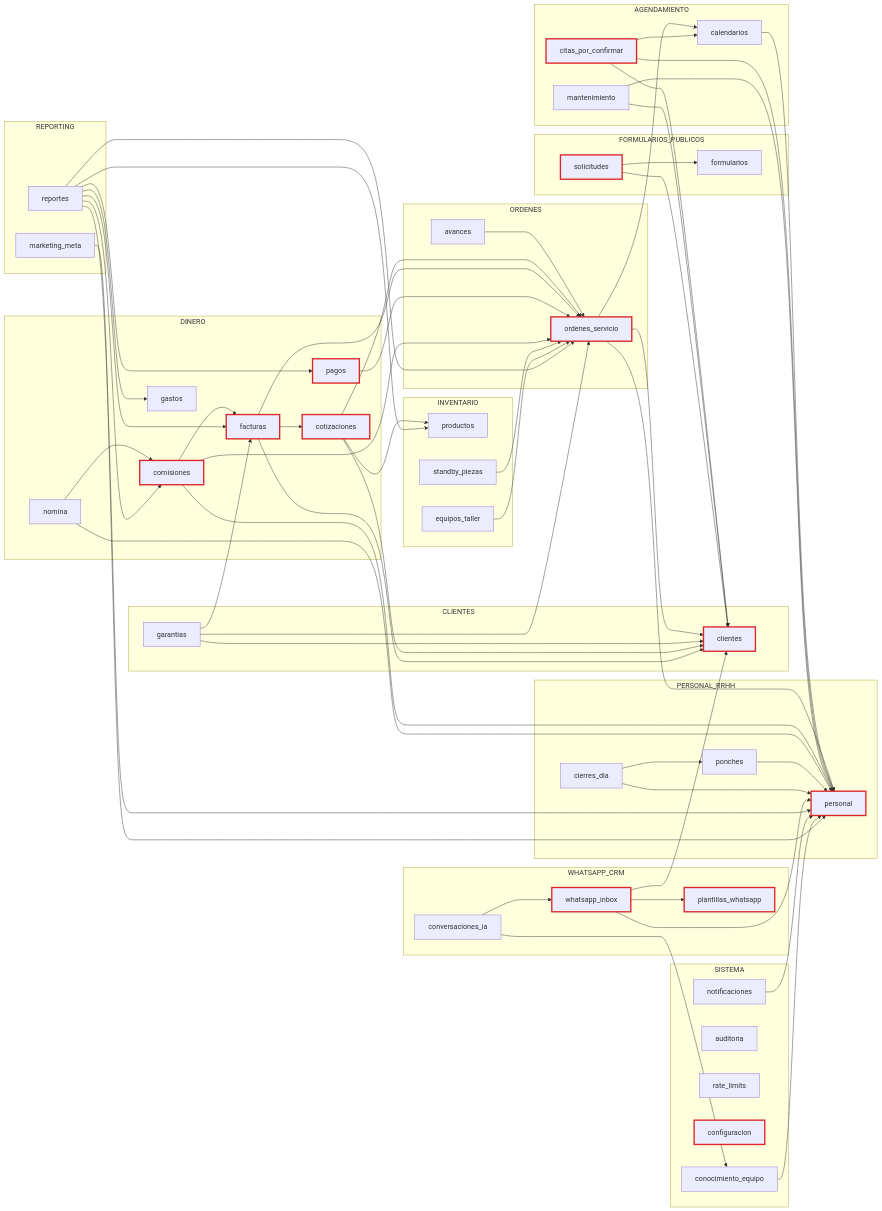
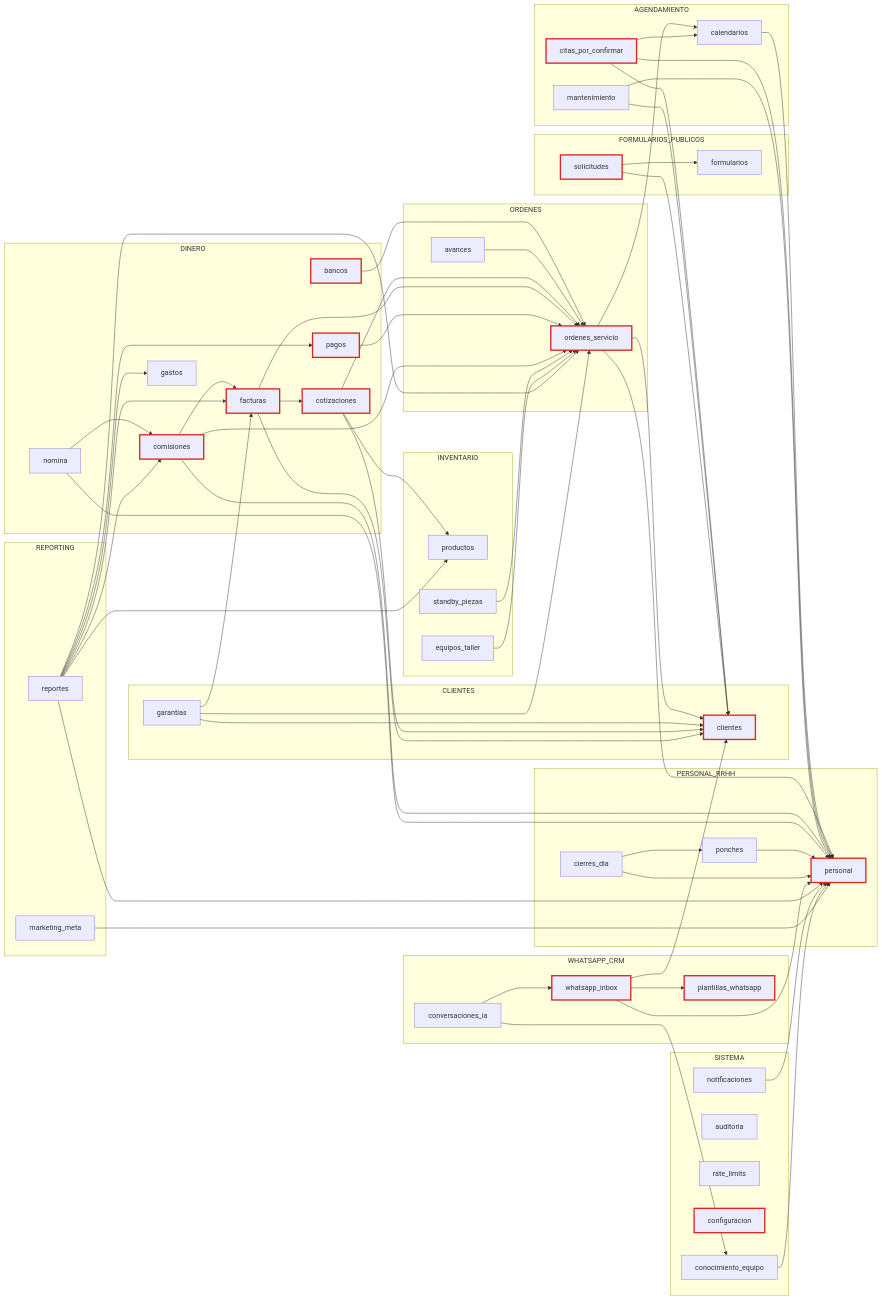
Before and after one commit to apnbrito-eng/mister-service-rd: the diagram in docs/mapa/mapa.mmd, drawn with Mermaid. The commit also changed 24 other files, not shown here.

```diff
--- a/docs/mapa/mapa.mmd
+++ b/docs/mapa/mapa.mmd
@@ -1,114 +1,116 @@
 graph LR
   %% Mapa generado automáticamente desde docs/mapa/MAPA_MENTAL.yaml
   %% NO editar a mano. Editá el YAML y corré `npm run mapa`.
 
   subgraph area_ordenes["ORDENES"]
     ordenes_servicio["ordenes_servicio"]:::critico
     avances["avances"]
   end
 
   subgraph area_agendamiento["AGENDAMIENTO"]
     calendarios["calendarios"]
     citas_por_confirmar["citas_por_confirmar"]:::critico
     mantenimiento["mantenimiento"]
   end
 
   subgraph area_clientes["CLIENTES"]
     clientes["clientes"]:::critico
     garantias["garantias"]
   end
 
   subgraph area_dinero["DINERO"]
+    bancos["bancos"]:::critico
     cotizaciones["cotizaciones"]:::critico
     facturas["facturas"]:::critico
     pagos["pagos"]:::critico
     comisiones["comisiones"]:::critico
     nomina["nomina"]
     gastos["gastos"]
   end
 
   subgraph area_inventario["INVENTARIO"]
     productos["productos"]
     standby_piezas["standby_piezas"]
     equipos_taller["equipos_taller"]
   end
 
   subgraph area_personal_rrhh["PERSONAL_RRHH"]
     personal["personal"]:::critico
     ponches["ponches"]
     cierres_dia["cierres_dia"]
   end
 
   subgraph area_whatsapp_crm["WHATSAPP_CRM"]
     whatsapp_inbox["whatsapp_inbox"]:::critico
     plantillas_whatsapp["plantillas_whatsapp"]:::critico
     conversaciones_ia["conversaciones_ia"]
   end
 
   subgraph area_formularios_publicos["FORMULARIOS_PUBLICOS"]
     formularios["formularios"]
     solicitudes["solicitudes"]:::critico
   end
 
   subgraph area_reporting["REPORTING"]
     reportes["reportes"]
     marketing_meta["marketing_meta"]
   end
 
   subgraph area_sistema["SISTEMA"]
     notificaciones["notificaciones"]
     auditoria["auditoria"]
     rate_limits["rate_limits"]
     configuracion["configuracion"]:::critico
     conocimiento_equipo["conocimiento_equipo"]
   end
 
+  bancos --> ordenes_servicio
   ordenes_servicio --> clientes
   ordenes_servicio --> personal
   ordenes_servicio --> calendarios
   avances --> ordenes_servicio
   calendarios --> personal
   citas_por_confirmar --> clientes
   citas_por_confirmar --> personal
   citas_por_confirmar --> calendarios
   mantenimiento --> clientes
   mantenimiento --> personal
   garantias --> ordenes_servicio
   garantias --> facturas
   garantias --> clientes
   cotizaciones --> clientes
   cotizaciones --> ordenes_servicio
   cotizaciones --> productos
   facturas --> cotizaciones
   facturas --> ordenes_servicio
   facturas --> clientes
   pagos --> ordenes_servicio
   comisiones --> ordenes_servicio
   comisiones --> facturas
   comisiones --> personal
   nomina --> comisiones
   nomina --> personal
   standby_piezas --> ordenes_servicio
   equipos_taller --> ordenes_servicio
   ponches --> personal
   cierres_dia --> personal
   cierres_dia --> ponches
   whatsapp_inbox --> clientes
   whatsapp_inbox --> personal
   whatsapp_inbox --> plantillas_whatsapp
   conversaciones_ia --> whatsapp_inbox
   conversaciones_ia --> conocimiento_equipo
   solicitudes --> formularios
   solicitudes --> clientes
   reportes --> ordenes_servicio
   reportes --> facturas
   reportes --> pagos
   reportes --> comisiones
   reportes --> personal
   reportes --> productos
   reportes --> gastos
   notificaciones --> personal
   conocimiento_equipo --> personal
   marketing_meta --> personal
 
   classDef critico stroke:#dc2626,stroke-width:3px
```
